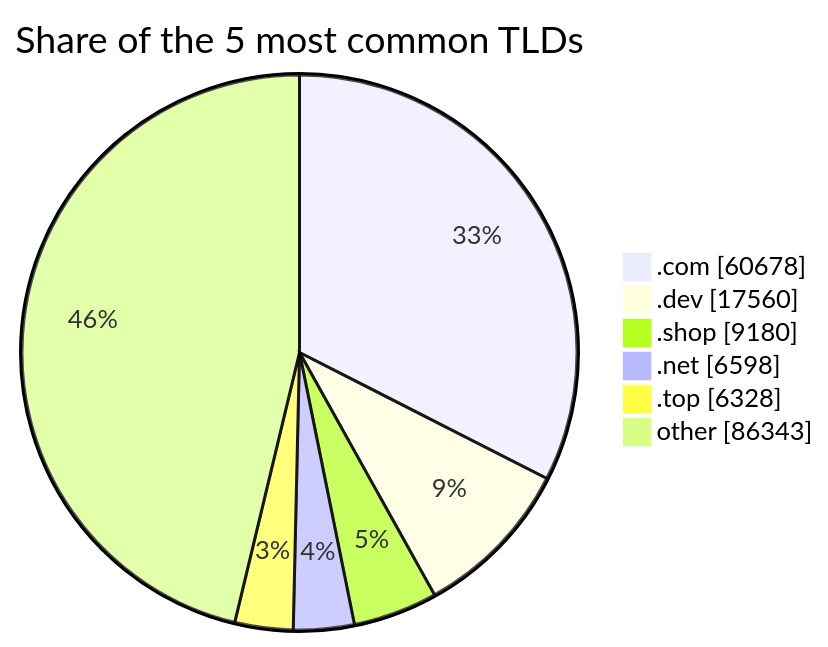
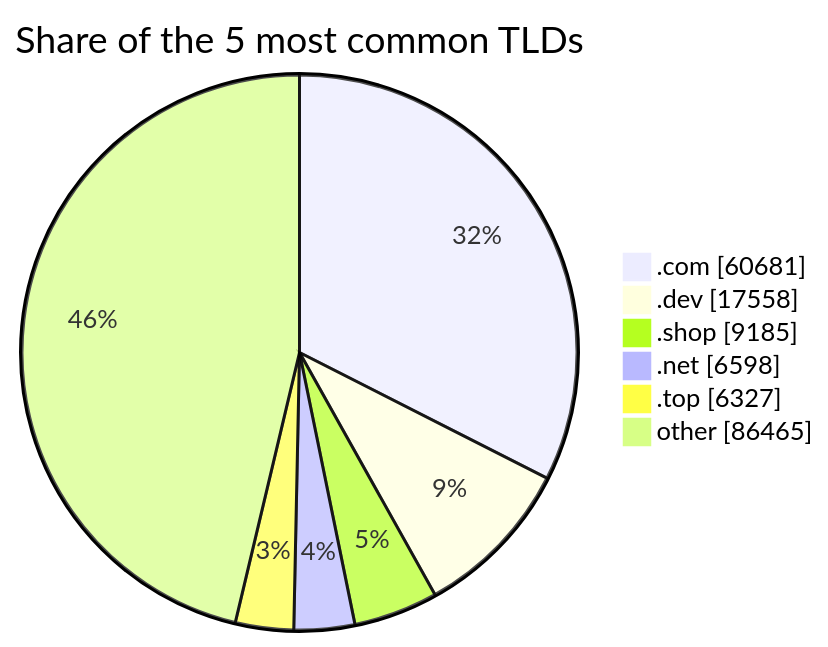
Before and after one commit to DNSBunker/CTI: the third of 3 diagrams in README.md, drawn with Mermaid. The commit also changed other lines of this file and 3 other files, not shown here.

````diff
--- a/README.md
+++ b/README.md
@@ -81,9 +81,9 @@
 ```mermaid
 pie showData title Share of the 5 most common TLDs
-    ".com" : 60678
-    ".dev" : 17560
-    ".shop" : 9180
+    ".com" : 60681
+    ".dev" : 17558
+    ".shop" : 9185
     ".net" : 6598
-    ".top" : 6328
-    "other" : 86343
+    ".top" : 6327
+    "other" : 86465
 ```
````
